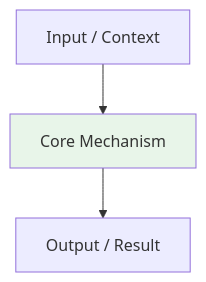
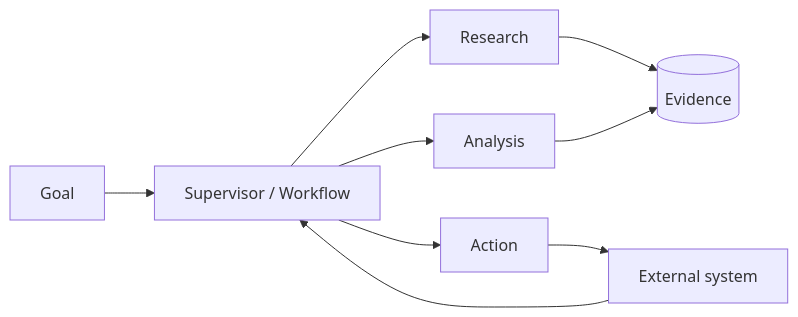
Before and after one commit to kotiansukesh/Engineering-Knowledge-System: the diagram in AI/03_Agentic-AI/08_Multi-Agent Orchestration.md, drawn with Mermaid. The commit also changed other lines of this file and 4 other files, not shown here.

````diff
--- a/AI/03_Agentic-AI/08_Multi-Agent Orchestration.md
+++ b/AI/03_Agentic-AI/08_Multi-Agent Orchestration.md
@@ -34,6 +25,11 @@
-```mermaid
-graph TD
-    A[Input / Context] --> B[Core Mechanism]
-    B --> C[Output / Result]
-    style B fill:#e8f5e9
-```
+~~~~mermaid
+flowchart LR
+U[Goal] --> S[Supervisor / Workflow]
+S --> A[Research]
+S --> B[Analysis]
+S --> C[Action]
+A --> R[(Evidence)]
+B --> R
+C --> P[External system]
+P --> S
+~~~~
````
